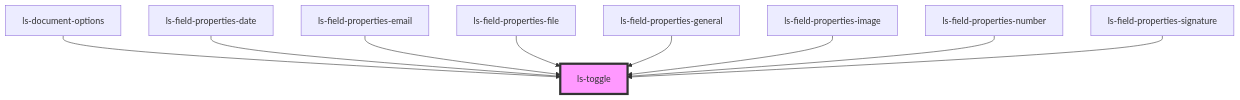
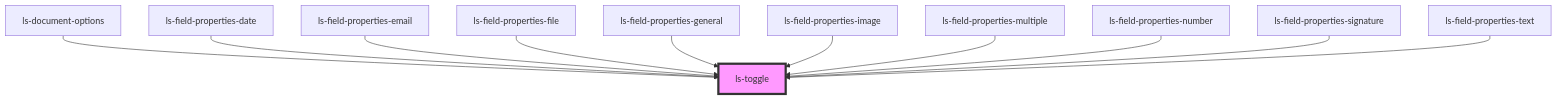
Before and after one commit to legalesign/ls-document-viewer: the diagram in src/components/ls-toggle/readme.md, drawn with Mermaid. The commit also changed other lines of this file and 21 other files, not shown here.

````diff
--- a/src/components/ls-toggle/readme.md
+++ b/src/components/ls-toggle/readme.md
@@ -22,12 +24,14 @@
 ```mermaid
 graph TD;
   ls-document-options --> ls-toggle
   ls-field-properties-date --> ls-toggle
   ls-field-properties-email --> ls-toggle
   ls-field-properties-file --> ls-toggle
   ls-field-properties-general --> ls-toggle
   ls-field-properties-image --> ls-toggle
+  ls-field-properties-multiple --> ls-toggle
   ls-field-properties-number --> ls-toggle
   ls-field-properties-signature --> ls-toggle
+  ls-field-properties-text --> ls-toggle
   style ls-toggle fill:#f9f,stroke:#333,stroke-width:4px
 ```
````
